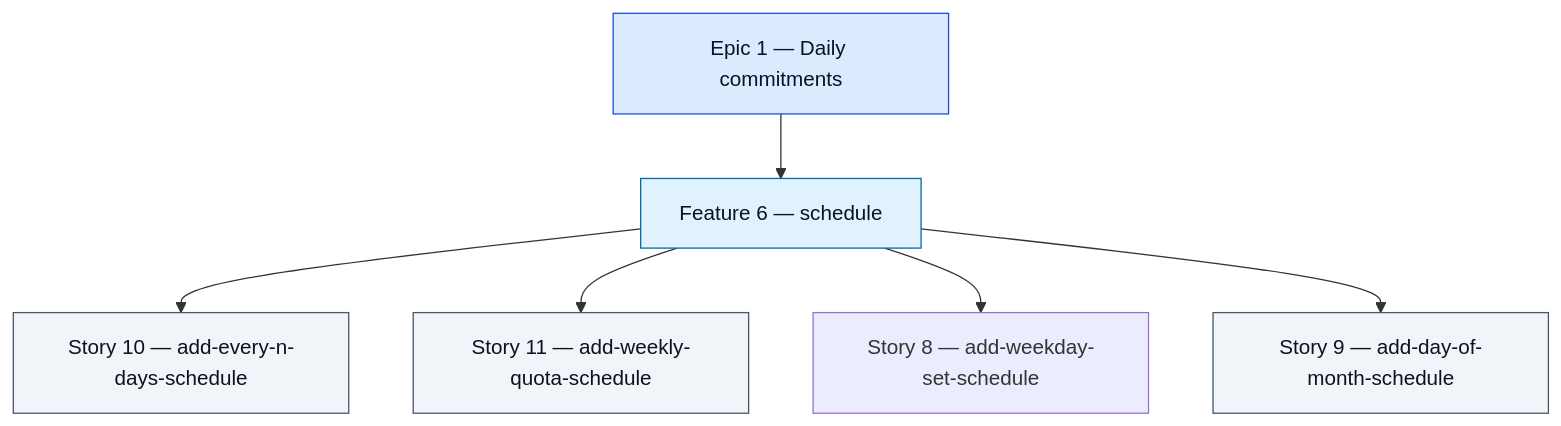
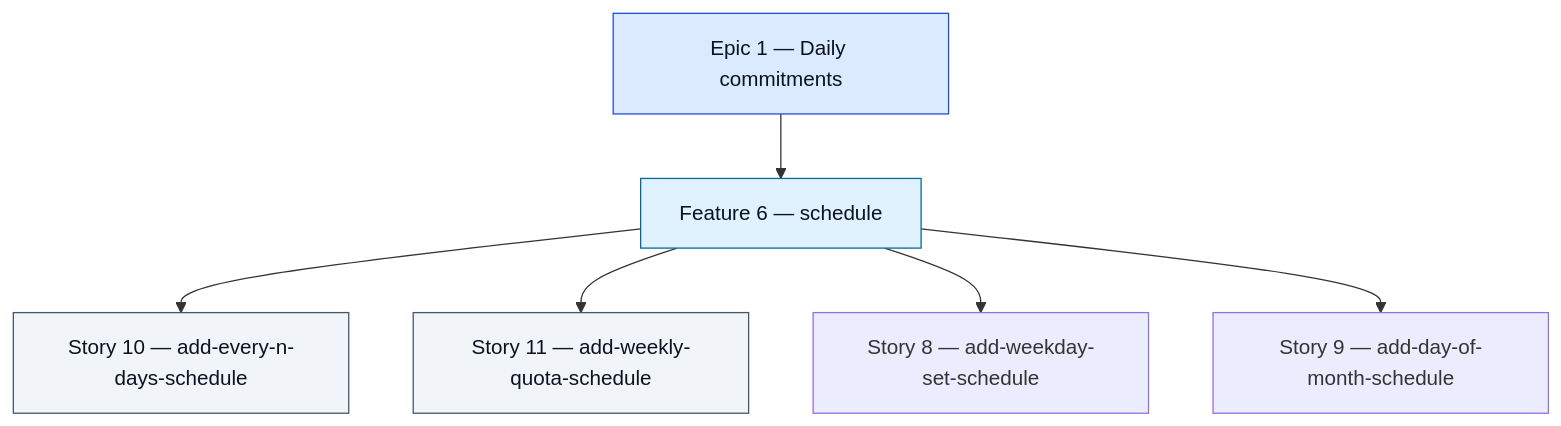
The diagram in docs/graph.mmd (dbugmann-labs/daybyday), drawn with Mermaid before and after one commit. The commit also changed 1 other file, not shown here.

```diff
--- a/docs/graph.mmd
+++ b/docs/graph.mmd
@@ -1,33 +1,33 @@
 %% GENERATED FILE — do not edit. Run `pnpm run graph` to refresh.
 %% A read-only projection of the Epic → Feature → Story hierarchy in GitHub Issues.
 %% GitHub owns this state; this file only shows it (docs/adr/0002-systems-of-record.md).
 %% Green border: closed. Amber border: every child is closed, so this one is ready to close.
 %% Dashed red border: typed but no parent — a broken tracker edge.
 
 flowchart TD
   classDef epic fill:#dbeafe,stroke:#1d4ed8,color:#0b1220
   classDef feature fill:#e0f2fe,stroke:#0369a1,color:#0b1220
   classDef story fill:#f1f5f9,stroke:#475569,color:#0b1220
   classDef done stroke:#15803d,stroke-width:2px
   classDef settled stroke:#b45309,stroke-width:2px
   classDef orphan stroke:#b91c1c,stroke-width:3px,stroke-dasharray:4 3
 
   I1["Epic 1 — Daily commitments"]
   I6["Feature 6 — schedule"]
   I8["Story 8 — add-weekday-set-schedule"]
   I9["Story 9 — add-day-of-month-schedule"]
   I10["Story 10 — add-every-n-days-schedule"]
   I11["Story 11 — add-weekly-quota-schedule"]
 
   I1 --> I6
   I6 --> I10
   I6 --> I11
   I6 --> I8
   I6 --> I9
 
   class I1 epic
   class I6 feature
   class I8 story,done
-  class I9 story
+  class I9 story,done
   class I10 story
   class I11 story
```
